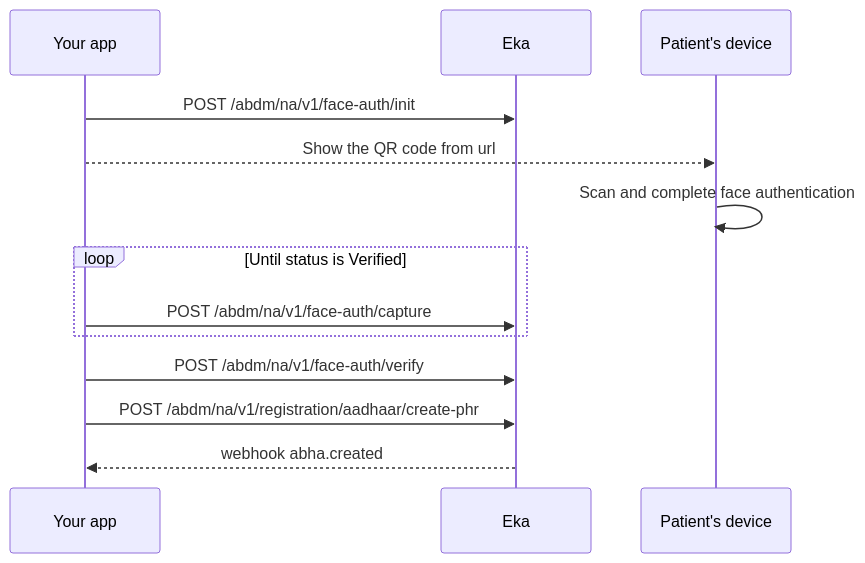
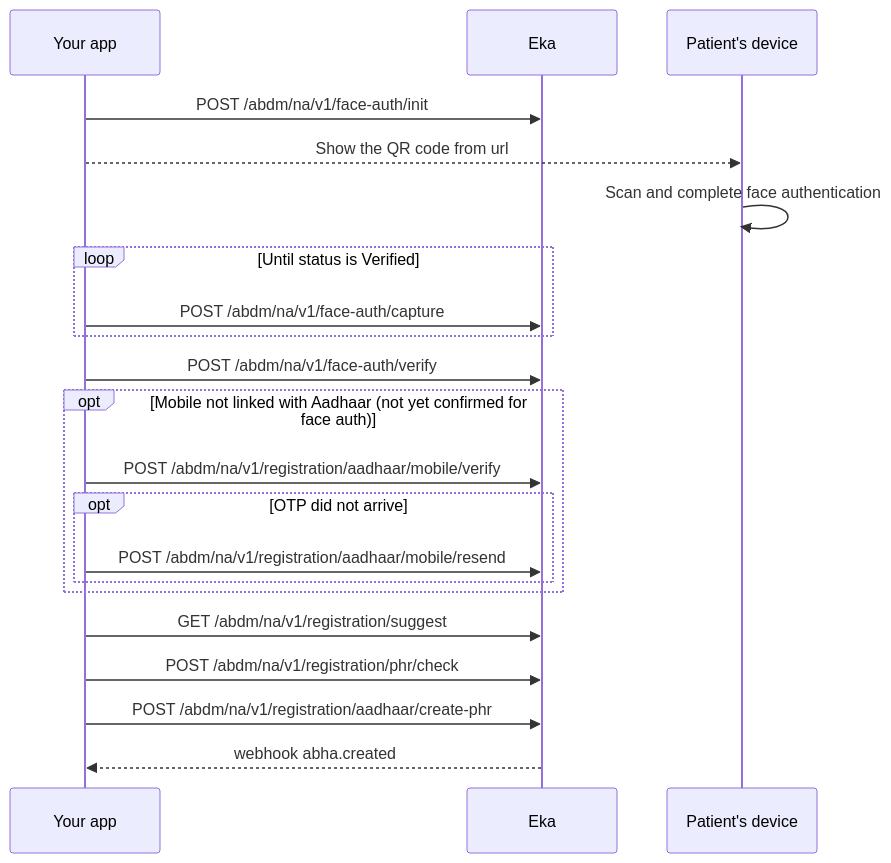
Before and after one commit to eka-care/eka-docs: the diagram in api-reference/user-app/abdm-connect/workflows/create-abha-face-auth.mdx, drawn with Mermaid. The commit also changed other lines of this file and 36 other files, not shown here.

````diff
--- a/api-reference/user-app/abdm-connect/workflows/create-abha-face-auth.mdx
+++ b/api-reference/user-app/abdm-connect/workflows/create-abha-face-auth.mdx
@@ -37,15 +41,23 @@
 ```mermaid
 sequenceDiagram
   participant App as Your app
   participant Eka
   participant Patient as Patient's device
   App->>Eka: POST /abdm/na/v1/face-auth/init
   App-->>Patient: Show the QR code from url
   Patient->>Patient: Scan and complete face authentication
   loop Until status is Verified
     App->>Eka: POST /abdm/na/v1/face-auth/capture
   end
   App->>Eka: POST /abdm/na/v1/face-auth/verify
+  opt Mobile not linked with Aadhaar (not yet confirmed for face auth)
+    App->>Eka: POST /abdm/na/v1/registration/aadhaar/mobile/verify
+    opt OTP did not arrive
+      App->>Eka: POST /abdm/na/v1/registration/aadhaar/mobile/resend
+    end
+  end
+  App->>Eka: GET /abdm/na/v1/registration/suggest
+  App->>Eka: POST /abdm/na/v1/registration/phr/check
   App->>Eka: POST /abdm/na/v1/registration/aadhaar/create-phr
   Eka-->>App: webhook abha.created
 ```
````
